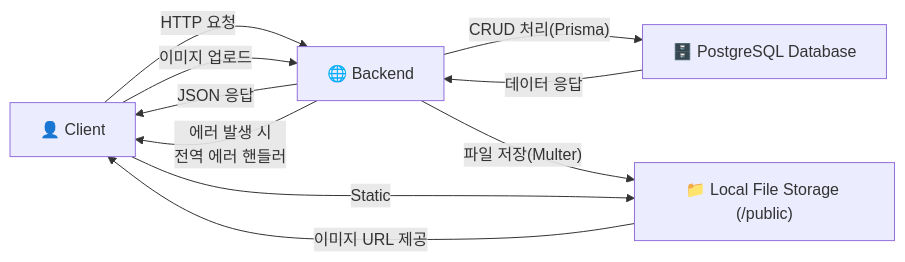
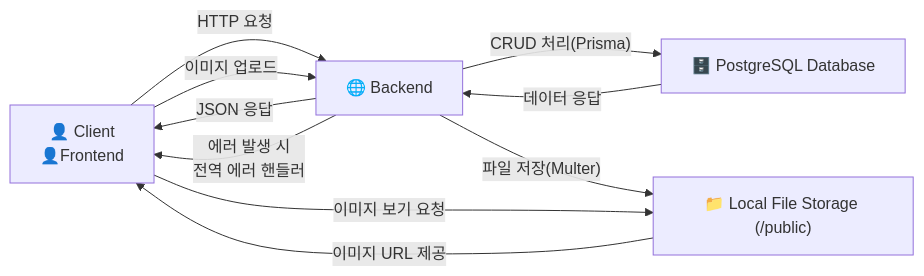
One commit to chamysj/codeit-node6th-git changed the first of 2 diagrams in README.md. Above: the diagram before and after it, drawn with Mermaid. The commit also changed other lines of this file, not shown here.

Commit message:
Revise mermaid diagrams in README
Updated mermaid diagrams to include frontend client interactions and additional image viewing requests.

````diff
--- a/README.md
+++ b/README.md
@@ -2,20 +2,21 @@
 ```mermaid
 graph LR
-    C["👤 Client"]
+    C["👤 Client
+    👤Frontend"]
     S["🌐 Backend"]
     DB["🗄️ PostgreSQL Database"]
     FS["📁 Local File Storage (/public)"]
 
     C -->|"HTTP 요청"| S
     S -->|"CRUD 처리(Prisma)"| DB
     DB -->|"데이터 응답"| S
     S -->|"JSON 응답"| C
 
     C -->|"이미지 업로드"| S
     S -->|"파일 저장(Multer)"| FS
     FS -->|"이미지 URL 제공"| C
 
-    C -->|"Static"| FS
+    C -->|"이미지 보기 요청"| FS
     S -->|"에러 발생 시 
     전역 에러 핸들러"| C
 ```
````
